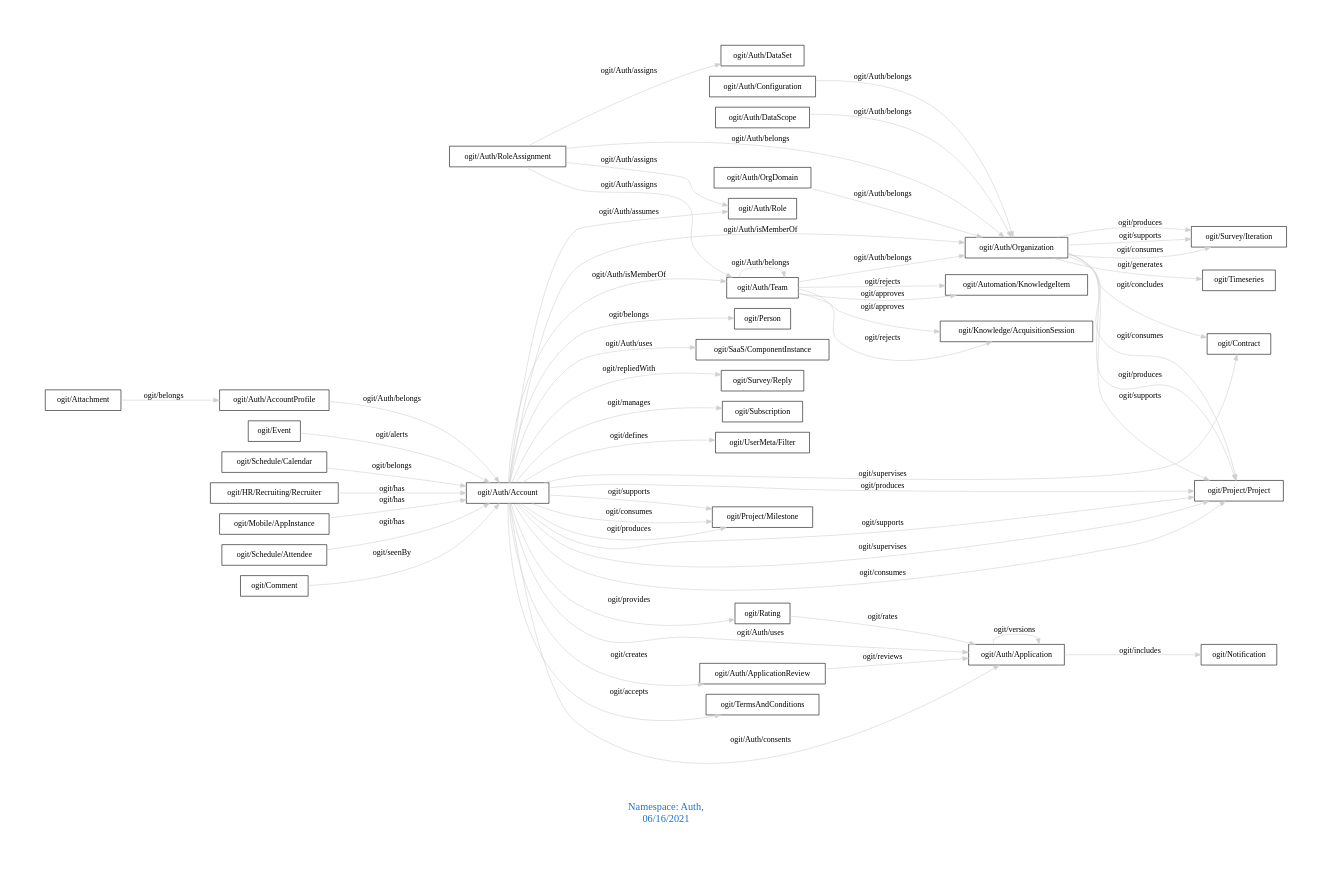
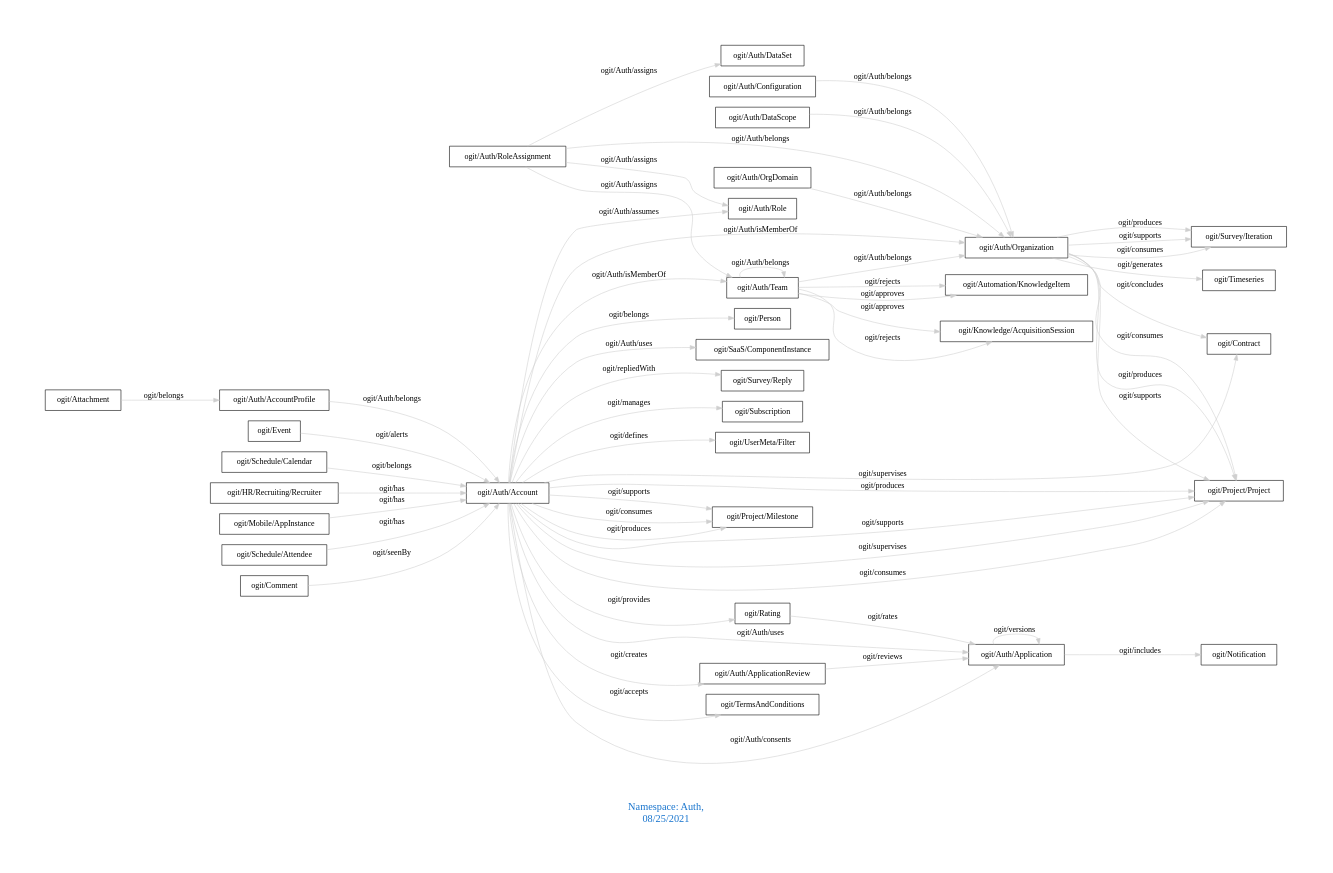
One commit to arago/OGIT changed the diagram in downloads/Auth.dot. Above: the diagram before and after it, drawn with Graphviz. The commit also changed 1911 other files, not shown here.

```diff
--- a/downloads/Auth.dot
+++ b/downloads/Auth.dot
@@ -1,62 +1,62 @@
 digraph OGIT_ontology {
  graph [ rankdir= LR,pad=1 
 fontsize = 18,
-fontcolor= dodgerblue3,label = "\n\n\nNamespace: Auth, \n 06/16/2021"];
+fontcolor= dodgerblue3,label = "\n\n\nNamespace: Auth, \n 08/25/2021"];
 node[shape=polygon];
 edge [  color="gray81"];
 
    "ogit/Auth/Account" -> "ogit/Subscription" [label="   ogit/manages    "];
    "ogit/Auth/Account" -> "ogit/UserMeta/Filter" [label="   ogit/defines    "];
    "ogit/Auth/AccountProfile" -> "ogit/Auth/Account" [label="   ogit/Auth/belongs    "];
    "ogit/Auth/Configuration" -> "ogit/Auth/Organization" [label="   ogit/Auth/belongs    "];
    "ogit/Auth/DataScope" -> "ogit/Auth/Organization" [label="   ogit/Auth/belongs    "];
    "ogit/Auth/OrgDomain" -> "ogit/Auth/Organization" [label="   ogit/Auth/belongs    "];
    "ogit/Auth/RoleAssignment" -> "ogit/Auth/Organization" [label="   ogit/Auth/belongs    "];
    "ogit/Auth/Team" -> "ogit/Auth/Organization" [label="   ogit/Auth/belongs    "];
    "ogit/Auth/Organization" -> "ogit/Contract" [label="   ogit/concludes    "];
    "ogit/Auth/Team" -> "ogit/Knowledge/AcquisitionSession" [label="   ogit/rejects    "];
    "ogit/Auth/Team" -> "ogit/Automation/KnowledgeItem" [label="   ogit/rejects    "];
    "ogit/Auth/Account" -> "ogit/Project/Milestone" [label="   ogit/supports    "];
    "ogit/Auth/Account" -> "ogit/Project/Project" [label="   ogit/supports    "];
    "ogit/Auth/Organization" -> "ogit/Project/Project" [label="   ogit/supports    "];
    "ogit/Auth/Organization" -> "ogit/Survey/Iteration" [label="   ogit/supports    "];
    "ogit/Auth/Account" -> "ogit/Project/Project" [label="   ogit/supervises    "];
    "ogit/Auth/Account" -> "ogit/Contract" [label="   ogit/supervises    "];
    "ogit/Auth/Organization" -> "ogit/Timeseries" [label="   ogit/generates    "];
    "ogit/Auth/Account" -> "ogit/Project/Milestone" [label="   ogit/consumes    "];
    "ogit/Auth/Account" -> "ogit/Project/Project" [label="   ogit/consumes    "];
    "ogit/Auth/Organization" -> "ogit/Project/Project" [label="   ogit/consumes    "];
    "ogit/Auth/Organization" -> "ogit/Survey/Iteration" [label="   ogit/consumes    "];
    "ogit/Auth/Application" -> "ogit/Notification" [label="   ogit/includes    "];
    "ogit/Auth/Account" -> "ogit/Auth/Role" [label="   ogit/Auth/assumes    "];
    "ogit/Auth/Account" -> "ogit/TermsAndConditions" [label="   ogit/accepts    "];
    "ogit/Auth/Account" -> "ogit/Auth/ApplicationReview" [label="   ogit/creates    "];
    "ogit/Auth/Account" -> "ogit/Auth/Application" [label="   ogit/Auth/consents    "];
    "ogit/Auth/RoleAssignment" -> "ogit/Auth/Role" [label="   ogit/Auth/assigns    "];
    "ogit/Auth/RoleAssignment" -> "ogit/Auth/Team" [label="   ogit/Auth/assigns    "];
    "ogit/Auth/RoleAssignment" -> "ogit/Auth/DataSet" [label="   ogit/Auth/assigns    "];
    "ogit/Rating" -> "ogit/Auth/Application" [label="   ogit/rates    "];
    "ogit/Event" -> "ogit/Auth/Account" [label="   ogit/alerts    "];
    "ogit/Auth/ApplicationReview" -> "ogit/Auth/Application" [label="   ogit/reviews    "];
    "ogit/Auth/Account" -> "ogit/Rating" [label="   ogit/provides    "];
    "ogit/Auth/Account" -> "ogit/Project/Milestone" [label="   ogit/produces    "];
    "ogit/Auth/Account" -> "ogit/Project/Project" [label="   ogit/produces    "];
    "ogit/Auth/Organization" -> "ogit/Project/Project" [label="   ogit/produces    "];
    "ogit/Auth/Organization" -> "ogit/Survey/Iteration" [label="   ogit/produces    "];
    "ogit/Auth/Account" -> "ogit/Person" [label="   ogit/belongs    "];
    "ogit/Schedule/Calendar" -> "ogit/Auth/Account" [label="   ogit/belongs    "];
    "ogit/Attachment" -> "ogit/Auth/AccountProfile" [label="   ogit/belongs    "];
    "ogit/Auth/Account" -> "ogit/Auth/Organization" [label="   ogit/Auth/isMemberOf    "];
    "ogit/Auth/Account" -> "ogit/Auth/Team" [label="   ogit/Auth/isMemberOf    "];
    "ogit/Auth/Account" -> "ogit/Auth/Application" [label="   ogit/Auth/uses    "];
    "ogit/Auth/Account" -> "ogit/SaaS/ComponentInstance" [label="   ogit/Auth/uses    "];
    "ogit/Auth/Account" -> "ogit/Survey/Reply" [label="   ogit/repliedWith    "];
    "ogit/Auth/Team" -> "ogit/Knowledge/AcquisitionSession" [label="   ogit/approves    "];
    "ogit/Auth/Team" -> "ogit/Automation/KnowledgeItem" [label="   ogit/approves    "];
    "ogit/HR/Recruiting/Recruiter" -> "ogit/Auth/Account" [label="   ogit/has    "];
    "ogit/Mobile/AppInstance" -> "ogit/Auth/Account" [label="   ogit/has    "];
    "ogit/Schedule/Attendee" -> "ogit/Auth/Account" [label="   ogit/has    "];
    "ogit/Comment" -> "ogit/Auth/Account" [label="   ogit/seenBy    "];
    "ogit/Auth/Application" -> "ogit/Auth/Application" [label="   ogit/versions    "];
    "ogit/Auth/Team" -> "ogit/Auth/Team" [label="   ogit/Auth/belongs    "];
 }
```
